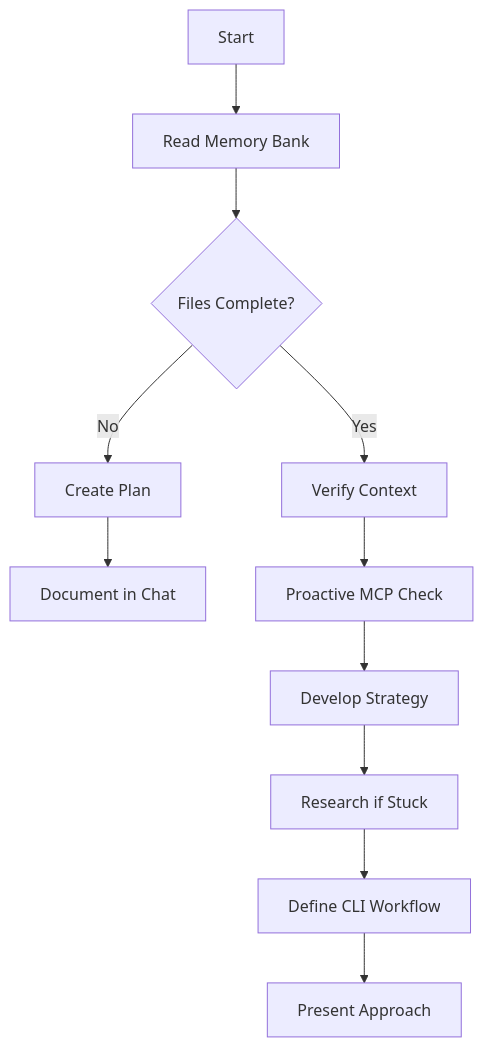
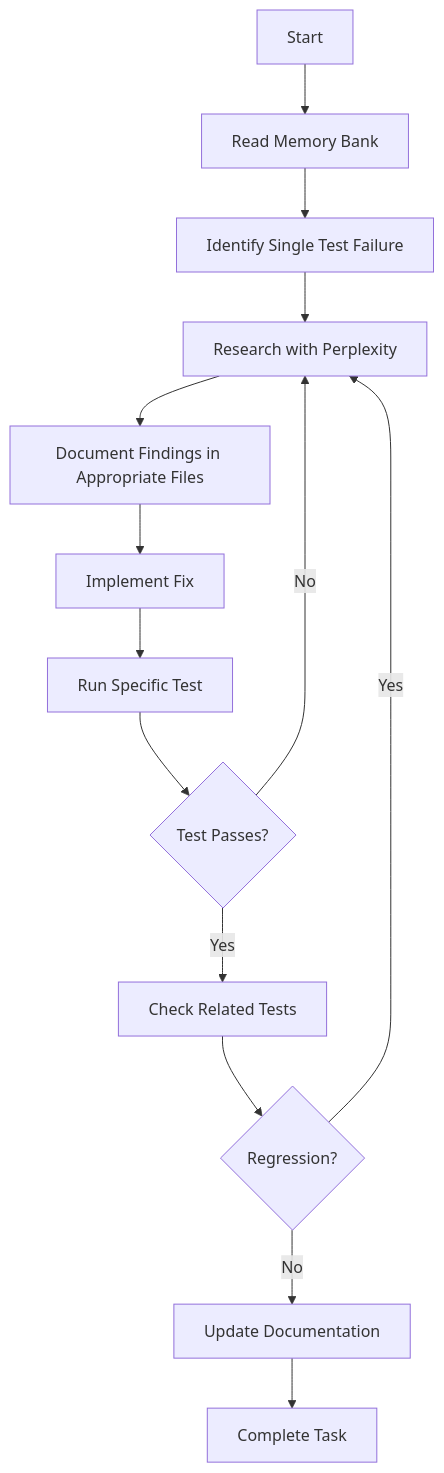
Before and after one commit to NoodleSeed-com/noodle-projects: the diagram in .clinecustominstructions.md, drawn with Mermaid. The commit also changed other lines of this file and 10 other files, not shown here.

````diff
--- a/.clinecustominstructions.md
+++ b/.clinecustominstructions.md
@@ -357,15 +307,16 @@
 ```mermaid
 flowchart TD
-    Start[Start] --> ReadFiles[Read Memory Bank]
-    ReadFiles --> CheckFiles{Files Complete?}
-    
-    CheckFiles -->|No| Plan[Create Plan]
-    Plan --> Document[Document in Chat]
-    
-    CheckFiles -->|Yes| Verify[Verify Context]
-    Verify --> External[Proactive MCP Check]
-    External --> Strategy[Develop Strategy]
-    Strategy --> Research[Research if Stuck]
-    Research --> CLI[Define CLI Workflow]
-    CLI --> Present[Present Approach]
+    Start[Start] --> ReadContext[Read Memory Bank]
+    ReadContext --> IdentifyFailure[Identify Single Test Failure]
+    IdentifyFailure --> Research[Research with Perplexity]
+    Research --> Document[Document Findings in Appropriate Files]
+    Document --> Implement[Implement Fix]
+    Implement --> Validate[Run Specific Test]
+    Validate --> CheckPass{Test Passes?}
+    CheckPass -->|No| Research
+    CheckPass -->|Yes| CheckRegression[Check Related Tests]
+    CheckRegression --> Regression{Regression?}
+    Regression -->|Yes| Research
+    Regression -->|No| UpdateDocs[Update Documentation]
+    UpdateDocs --> Complete[Complete Task]
 ```
````
